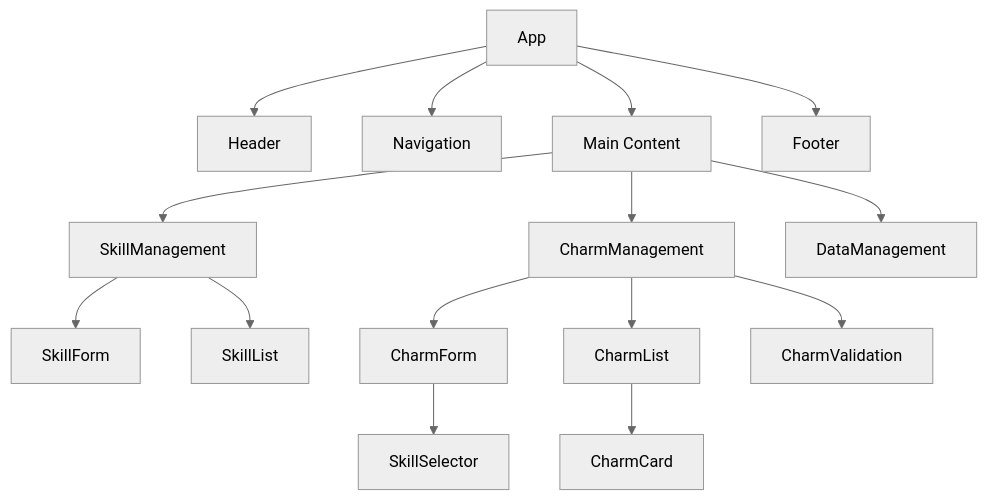
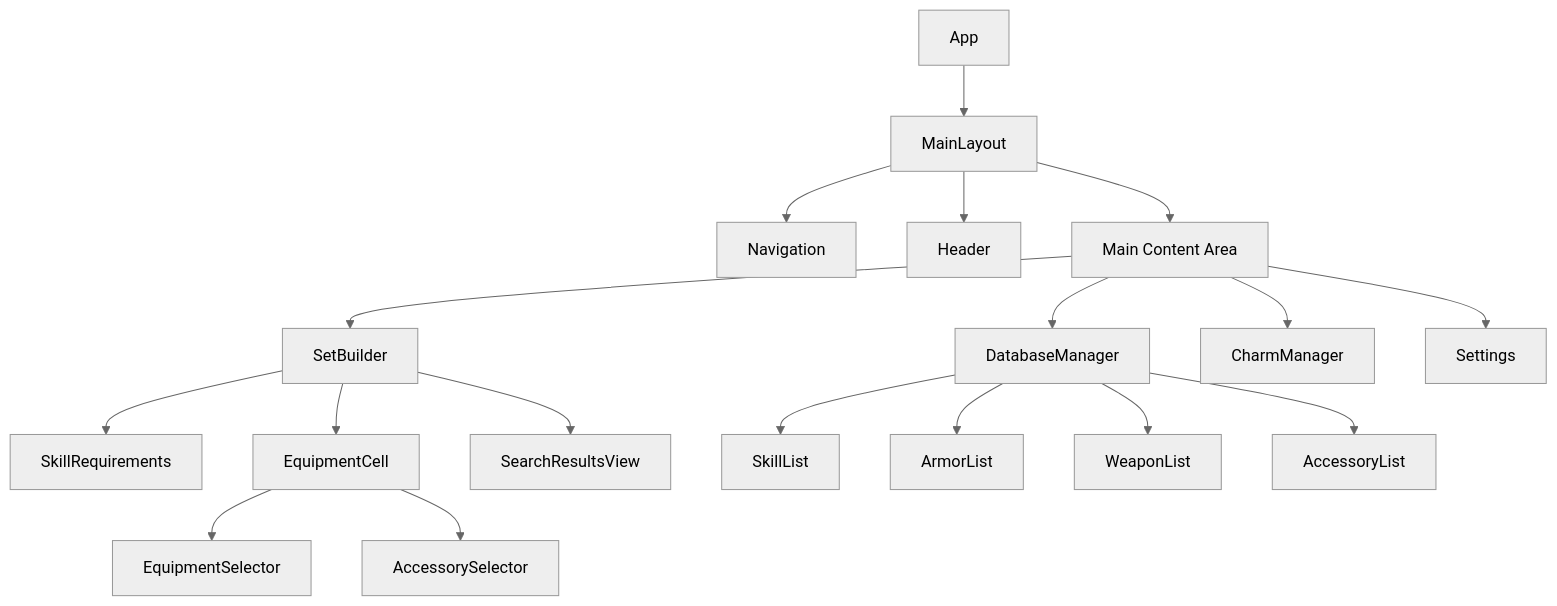
One commit to mooonseeker/mhws-set-builder changed the first of 3 diagrams in ARCHITECTURE.md. Above: the diagram before and after it, drawn with Mermaid (neutral theme). The commit also changed other lines of this file and 1 other file, not shown here.

Commit message:
📃 docs: update ARCHITECTURE and README

````diff
--- a/ARCHITECTURE.md
+++ b/ARCHITECTURE.md
@@ -313,22 +223,24 @@
 ```mermaid
 graph TD
-    A[App] --> B[Header]
-    A --> C[Navigation]
-    A --> D[Main Content]
-    A --> E[Footer]
+    A[App] --> B[MainLayout]
+    B --> C[Navigation]
+    B --> D[Header]
+    B --> E[Main Content Area]
 
-    D --> F[SkillManagement]
-    D --> G[CharmManagement]
-    D --> H[DataManagement]
+    E --> F[SetBuilder]
+    E --> G[DatabaseManager]
+    E --> H[CharmManager]
+    E --> I[Settings]
 
-    F --> I[SkillForm]
-    F --> J[SkillList]
+    F --> F1[SkillRequirements]
+    F --> F2[EquipmentCell]
+    F --> F3[SearchResultsView]
 
-    G --> K[CharmForm]
-    G --> L[CharmList]
-    G --> M[CharmValidation]
+    G --> G1[SkillList]
+    G --> G2[ArmorList]
+    G --> G3[WeaponList]
+    G --> G4[AccessoryList]
 
-    K --> N[SkillSelector]
-
-    L --> O[CharmCard]
+    F2 --> J[EquipmentSelector]
+    F2 --> K[AccessorySelector]
 ```
````
